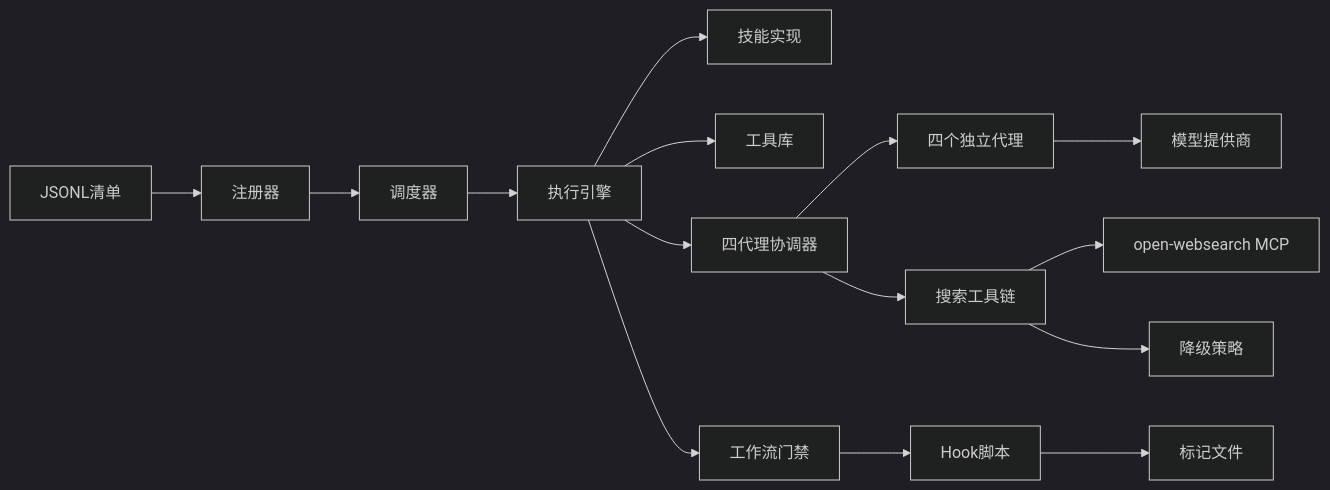
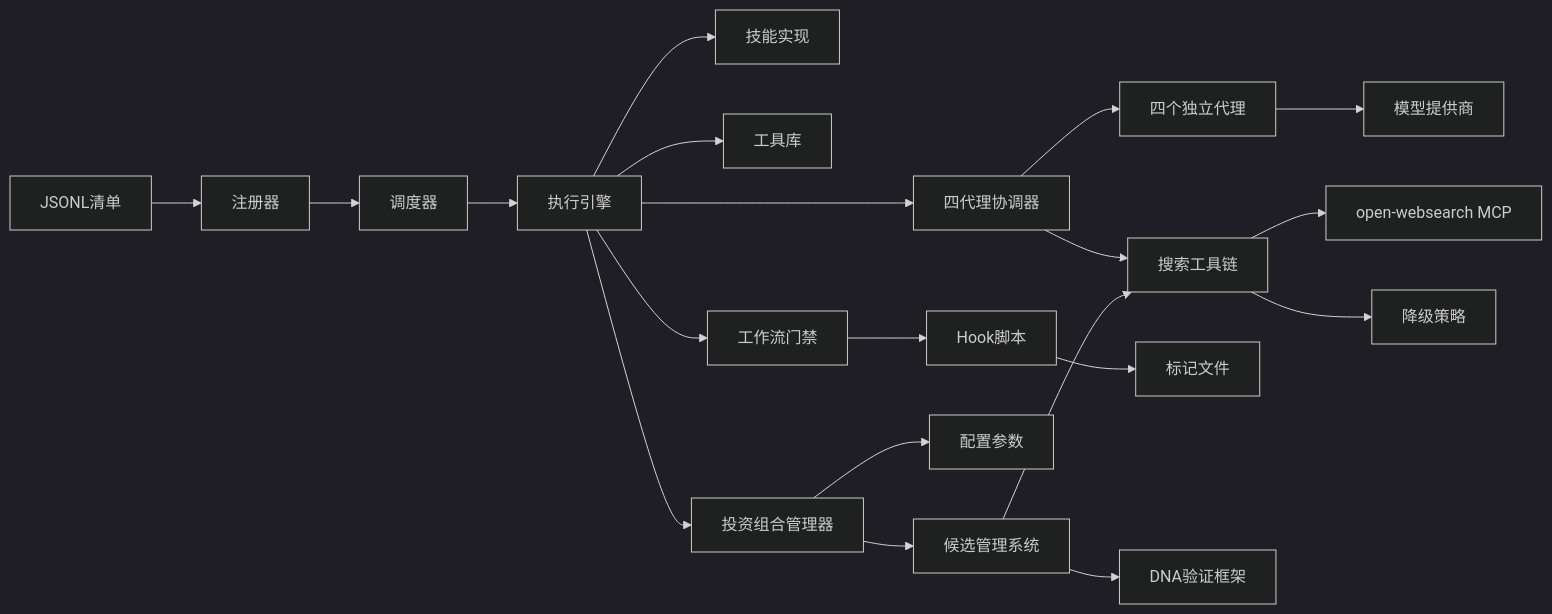
Before and after one commit to Ted-Engineer/ai-berkshire: the eighth of 8 diagrams in .qoder/repowiki/zh/content/AI技能系统/技能架构设计.md, drawn with Mermaid (dark theme). The commit also changed other lines of this file and 120 other files, not shown here.

````diff
--- a/.qoder/repowiki/zh/content/AI技能系统/技能架构设计.md
+++ b/.qoder/repowiki/zh/content/AI技能系统/技能架构设计.md
@@ -446,17 +541,22 @@
 ```mermaid
 graph LR
 JSONL["JSONL清单"] --> REG["注册器"]
 REG --> DSP["调度器"]
 DSP --> EXE["执行引擎"]
 EXE --> SKILLS["技能实现"]
 EXE --> TOOLS["工具库"]
 EXE --> COORD["四代理协调器"]
 COORD --> AGENTS["四个独立代理"]
 COORD --> SEARCH["搜索工具链"]
 SEARCH --> MCP["open-websearch MCP"]
 SEARCH --> FALLBACK["降级策略"]
 AGENTS --> PROVIDER["模型提供商"]
 EXE --> GATE["工作流门禁"]
 GATE --> HOOKS["Hook脚本"]
 HOOKS --> MARKERS["标记文件"]
+EXE --> PORTMGR["投资组合管理器"]
+PORTMGR --> CONFIG["配置参数"]
+PORTMGR --> CANDMGR["候选管理系统"]
+CANDMGR --> SEARCH
+CANDMGR --> VALIDATION["DNA验证框架"]
 ```
````
